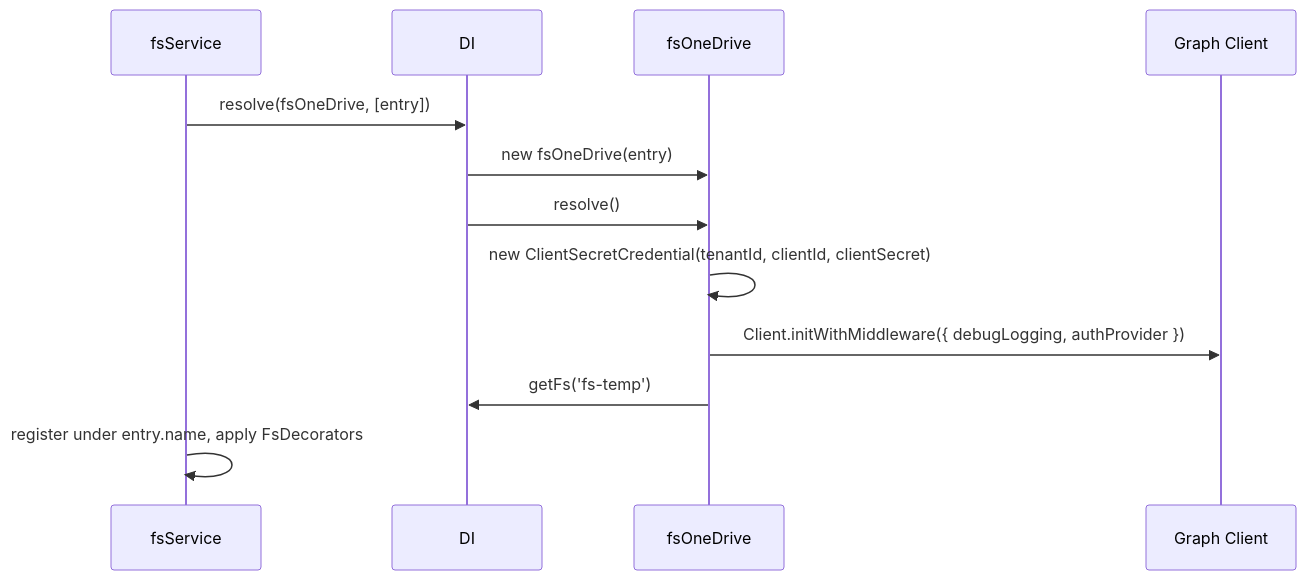
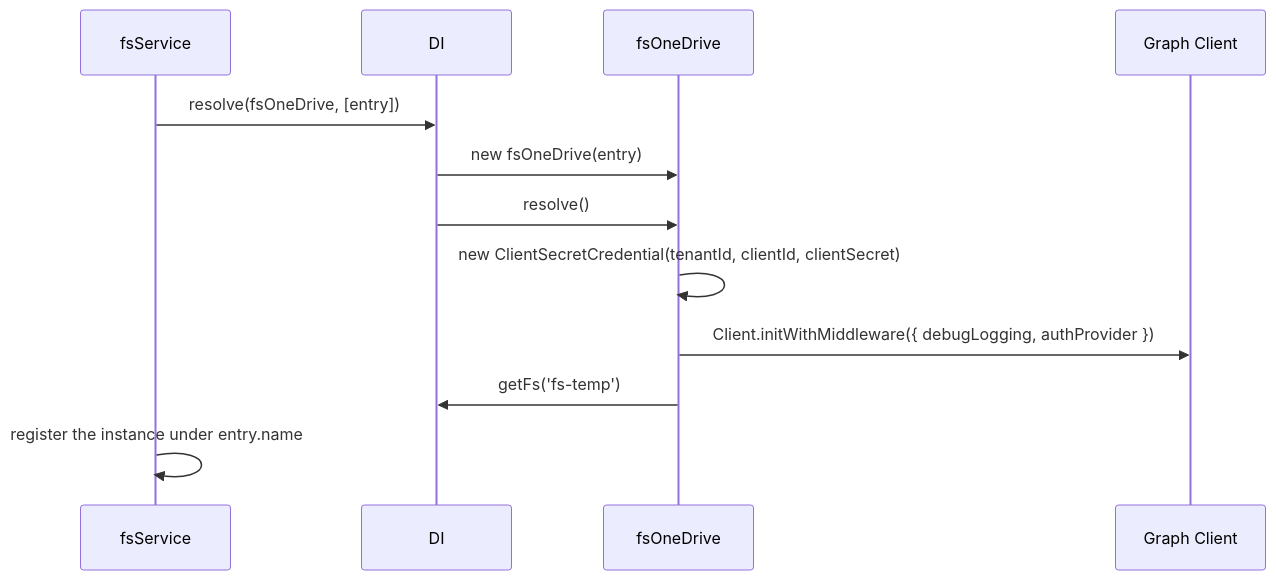
Before and after one commit to spinajs/main: the diagram in docs/fs-onedrive/01-onedrive-provider.md, drawn with Mermaid. The commit also changed other lines of this file and 14 other files, not shown here.

````diff
--- a/docs/fs-onedrive/01-onedrive-provider.md
+++ b/docs/fs-onedrive/01-onedrive-provider.md
@@ -26,14 +26,14 @@
 ```mermaid
 sequenceDiagram
   participant S as fsService
   participant DI
   participant O as fsOneDrive
   participant G as Graph Client
   S->>DI: resolve(fsOneDrive, [entry])
   DI->>O: new fsOneDrive(entry)
   DI->>O: resolve()
   O->>O: new ClientSecretCredential(tenantId, clientId, clientSecret)
   O->>G: Client.initWithMiddleware({ debugLogging, authProvider })
   O->>DI: getFs('fs-temp')
-  S->>S: register under entry.name, apply FsDecorators
+  S->>S: register the instance under entry.name
 ```
````
